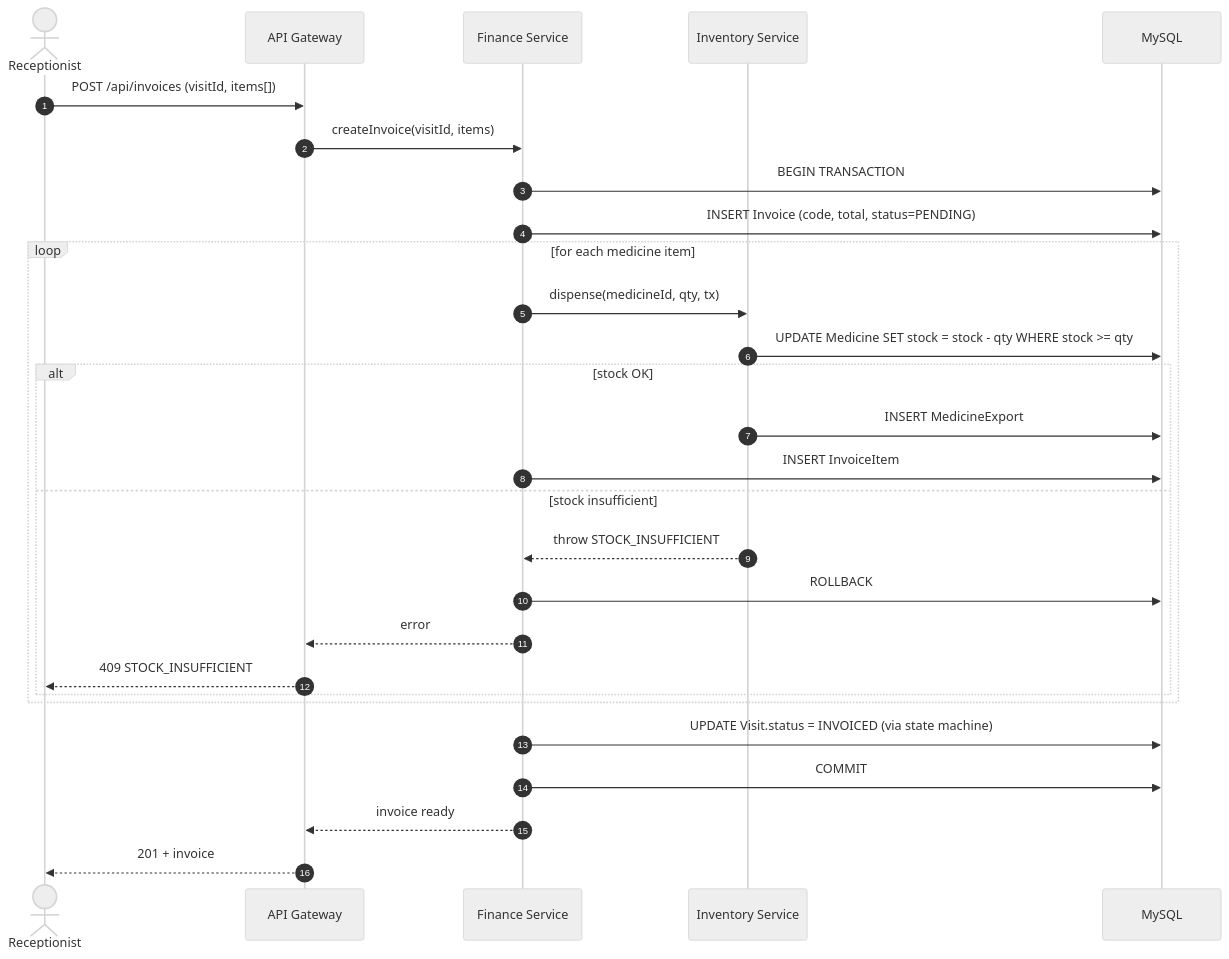
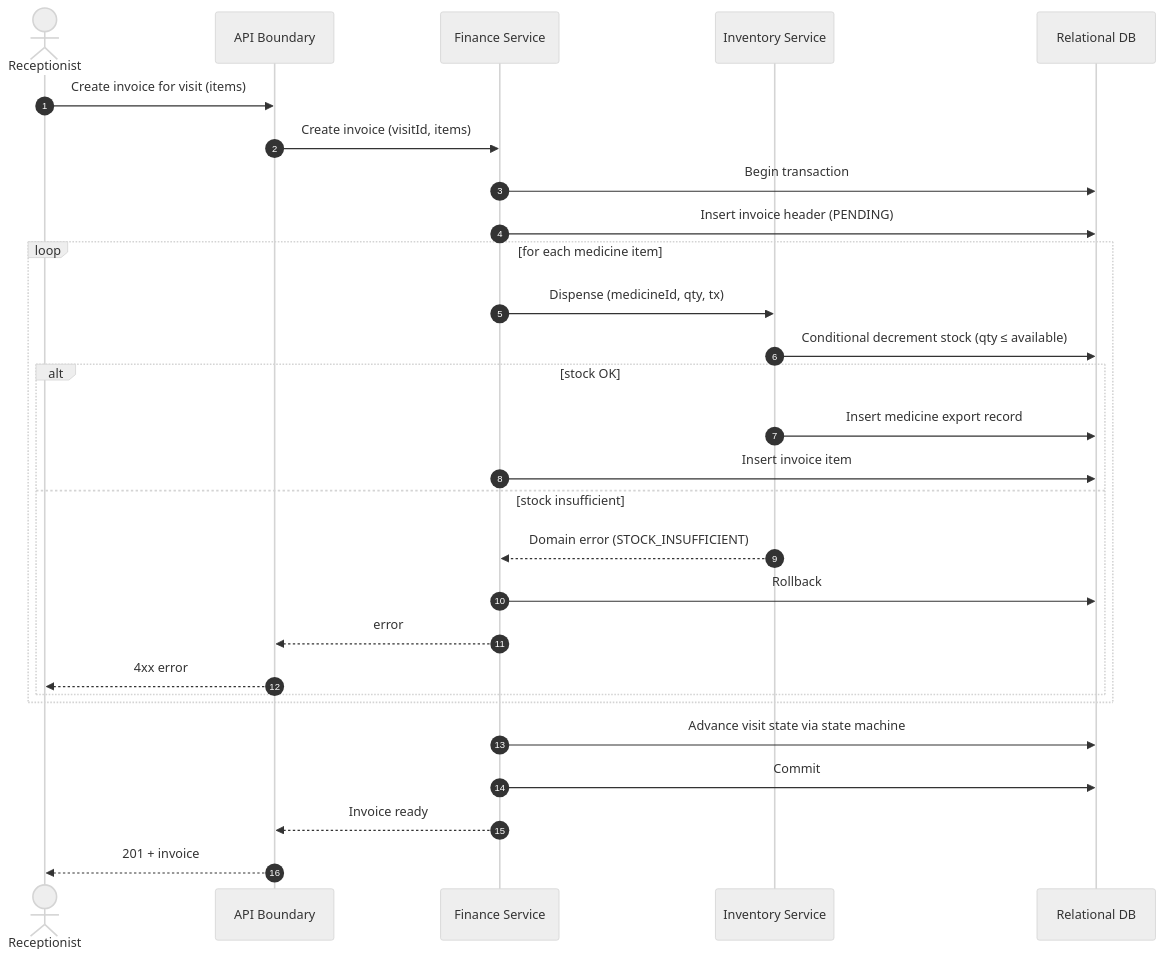
One commit to MinhThienNguyen040905/SE356---He-thong-phong-kham changed the sixth of 11 diagrams in Docs/ADD.md. Above: the diagram before and after it, drawn with Mermaid (neutral theme). The commit also changed other lines of this file, not shown here.

````diff
--- a/Docs/ADD.md
+++ b/Docs/ADD.md
@@ -669,31 +678,31 @@
 ```mermaid
 sequenceDiagram
     autonumber
     actor R as Receptionist
-    participant API as API Gateway
+    participant API as API Boundary
     participant FIN as Finance Service
     participant INV as Inventory Service
-    participant DB as MySQL
+    participant DB as Relational DB
 
-    R->>API: POST /api/invoices (visitId, items[])
-    API->>FIN: createInvoice(visitId, items)
-    FIN->>DB: BEGIN TRANSACTION
-    FIN->>DB: INSERT Invoice (code, total, status=PENDING)
+    R->>API: Create invoice for visit (items)
+    API->>FIN: Create invoice (visitId, items)
+    FIN->>DB: Begin transaction
+    FIN->>DB: Insert invoice header (PENDING)
     loop for each medicine item
-        FIN->>INV: dispense(medicineId, qty, tx)
-        INV->>DB: UPDATE Medicine SET stock = stock - qty WHERE stock >= qty
+        FIN->>INV: Dispense (medicineId, qty, tx)
+        INV->>DB: Conditional decrement stock (qty ≤ available)
         alt stock OK
-            INV->>DB: INSERT MedicineExport
-            FIN->>DB: INSERT InvoiceItem
+            INV->>DB: Insert medicine export record
+            FIN->>DB: Insert invoice item
         else stock insufficient
-            INV-->>FIN: throw STOCK_INSUFFICIENT
-            FIN->>DB: ROLLBACK
+            INV-->>FIN: Domain error (STOCK_INSUFFICIENT)
+            FIN->>DB: Rollback
             FIN-->>API: error
-            API-->>R: 409 STOCK_INSUFFICIENT
+            API-->>R: 4xx error
         end
     end
-    FIN->>DB: UPDATE Visit.status = INVOICED (via state machine)
-    FIN->>DB: COMMIT
-    FIN-->>API: invoice ready
+    FIN->>DB: Advance visit state via state machine
+    FIN->>DB: Commit
+    FIN-->>API: Invoice ready
     API-->>R: 201 + invoice
 ```
````
